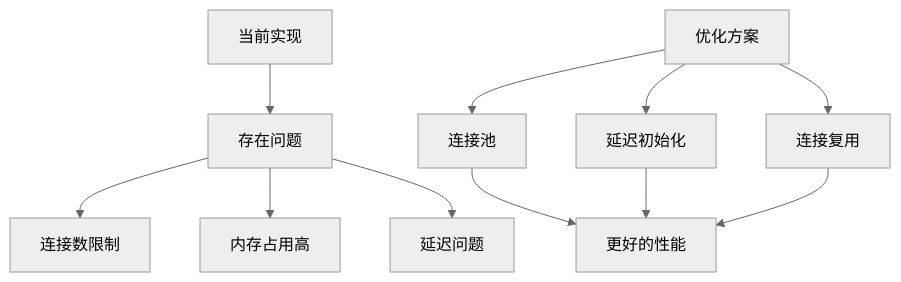
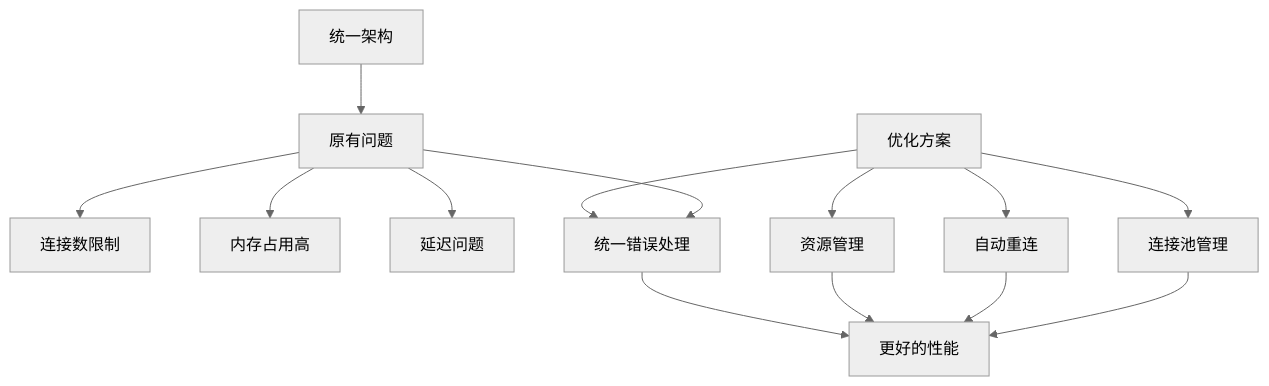
Before and after one commit to liximing1-ola/qa-payTest: diagram 13 of 16 in .qoder/repowiki/zh/content/数据库管理/MySQL连接管理.md, drawn with Mermaid (neutral theme). The commit also changed other lines of this file and 6 other files, not shown here.

````diff
--- a/.qoder/repowiki/zh/content/数据库管理/MySQL连接管理.md
+++ b/.qoder/repowiki/zh/content/数据库管理/MySQL连接管理.md
@@ -508,13 +519,16 @@
 ```mermaid
 flowchart TD
-Current[当前实现] --> Issues[存在问题]
+Unified[统一架构] --> Issues[原有问题]
 Issues --> ConnectionLimit[连接数限制]
 Issues --> MemoryUsage[内存占用高]
 Issues --> Latency[延迟问题]
-Optimize[优化方案] --> Pooling[连接池]
-Optimize --> LazyInit[延迟初始化]
-Optimize --> ConnectionReuse[连接复用]
+Issues --> ErrorHandling[错误处理复杂]
+Optimize[优化方案] --> Pooling[连接池管理]
+Optimize --> AutoReconnect[自动重连]
+Optimize --> ResourceManagement[资源管理]
+Optimize --> ErrorHandling[统一错误处理]
 Pooling --> Better[更好的性能]
-LazyInit --> Better
-ConnectionReuse --> Better
+AutoReconnect --> Better
+ResourceManagement --> Better
+ErrorHandling --> Better
 ```
````
